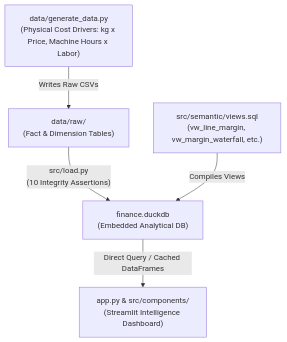
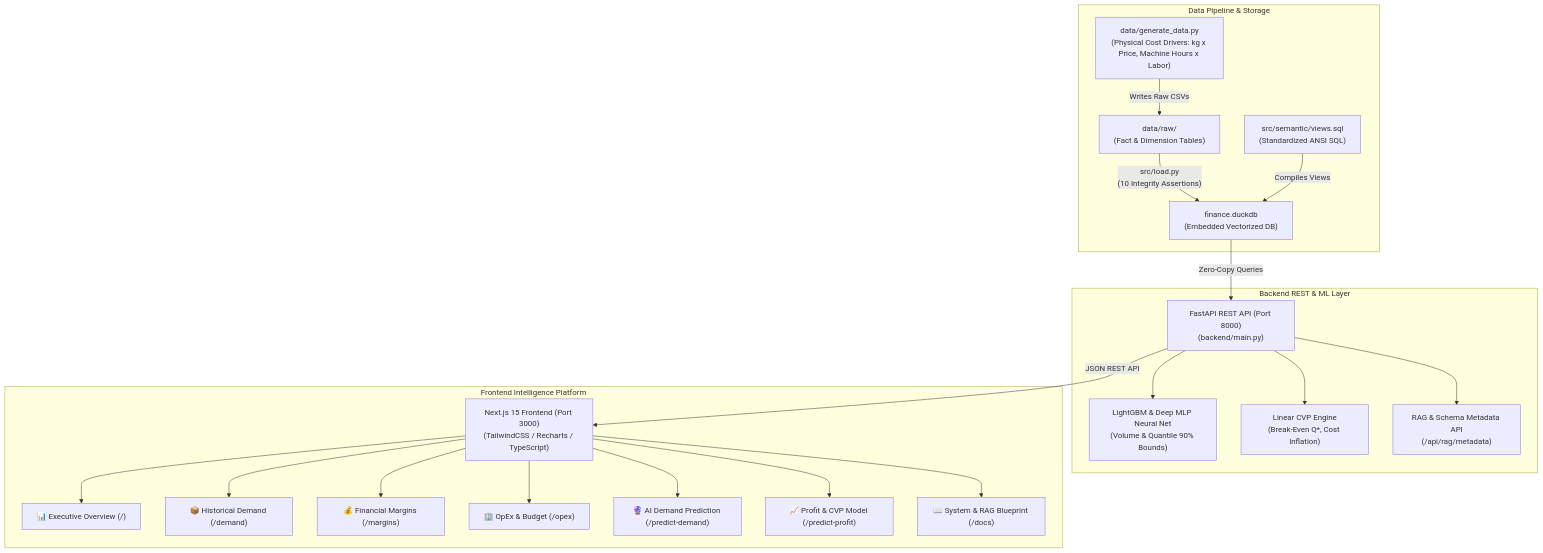
The diagram in README.md (svijetaj/manufacturer-demand-profitability), drawn with Mermaid before and after one commit. The commit also changed other lines of this file and 55 other files, not shown here.

Commit message:
Refactor: Cleanup legacy Streamlit files, standardize AI demand prediction on Deep Neural Network, and add deployment guide

````diff
--- a/README.md
+++ b/README.md
@@ -17,7 +11,26 @@
 ```mermaid
 flowchart TD
-    A["data/generate_data.py<br/>(Physical Cost Drivers: kg x Price, Machine Hours x Labor)"] -->|"Writes Raw CSVs"| B["data/raw/<br/>(Fact & Dimension Tables)"]
-    B -->|"src/load.py<br/>(10 Integrity Assertions)"| C["finance.duckdb<br/>(Embedded Analytical DB)"]
-    D["src/semantic/views.sql<br/>(vw_line_margin, vw_margin_waterfall, etc.)"] -->|"Compiles Views"| C
-    C -->|"Direct Query / Cached DataFrames"| E["app.py & src/components/<br/>(Streamlit Intelligence Dashboard)"]
+    subgraph Data Pipeline & Storage
+        A["data/generate_data.py<br/>(Physical Cost Drivers: kg x Price, Machine Hours x Labor)"] -->|"Writes Raw CSVs"| B["data/raw/<br/>(Fact & Dimension Tables)"]
+        B -->|"src/load.py<br/>(10 Integrity Assertions)"| C["finance.duckdb<br/>(Embedded Vectorized DB)"]
+        D["src/semantic/views.sql<br/>(Standardized ANSI SQL)"] -->|"Compiles Views"| C
+    end
+
+    subgraph Backend REST & ML Layer
+        C -->|"Zero-Copy Queries"| E["FastAPI REST API (Port 8000)<br/>(backend/main.py)"]
+        E --> ML["LightGBM & Deep MLP Neural Net<br/>(Volume & Quantile 90% Bounds)"]
+        E --> CVP["Linear CVP Engine<br/>(Break-Even Q*, Cost Inflation)"]
+        E --> RAG["RAG & Schema Metadata API<br/>(/api/rag/metadata)"]
+    end
+
+    subgraph Frontend Intelligence Platform
+        E -->|"JSON REST API"| F["Next.js 15 Frontend (Port 3000)<br/>(TailwindCSS / Recharts / TypeScript)"]
+        F --> P1["📊 Executive Overview (/)"]
+        F --> P2["📦 Historical Demand (/demand)"]
+        F --> P3["💰 Financial Margins (/margins)"]
+        F --> P4["🏢 OpEx & Budget (/opex)"]
+        F --> P5["🔮 AI Demand Prediction (/predict-demand)"]
+        F --> P6["📈 Profit & CVP Model (/predict-profit)"]
+        F --> P7["📖 System & RAG Blueprint (/docs)"]
+    end
 ```
````
